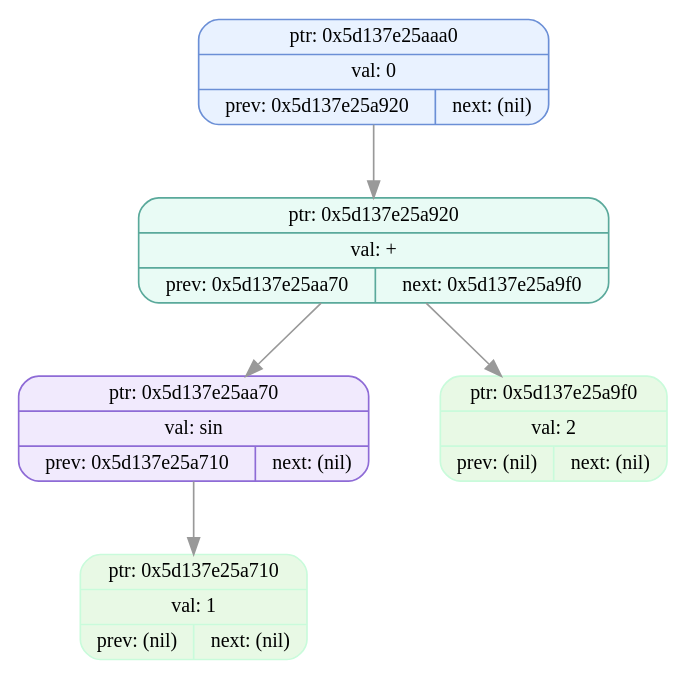
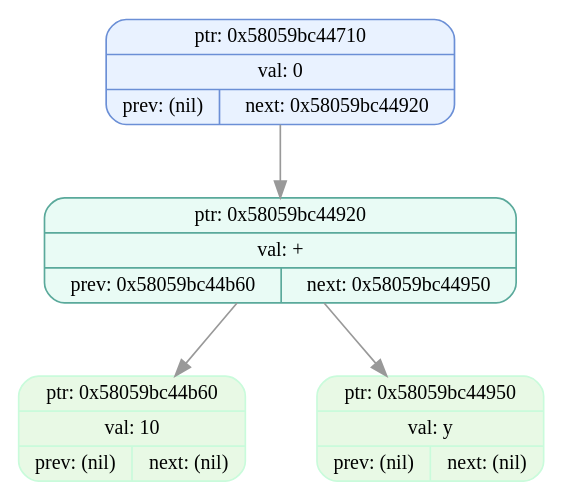
One commit to EvilTomato9890/Difference changed the diagram in dumps/tree_dump_006.dot. Above: the diagram before and after it, drawn with Graphviz. The commit also changed 29 other files, not shown here.

```diff
--- a/dumps/tree_dump_006.dot
+++ b/dumps/tree_dump_006.dot
@@ -1,13 +1,11 @@
 digraph T{
   node [fontname="Fira Mono",shape=record,style="filled,rounded",fontsize=12];
   graph [splines=true, nodesep=0.6, ranksep=0.6];
-  node_0x5d137e25aaa0[shape=record,label="{ {ptr: 0x5d137e25aaa0} | {val: 0} | { prev: 0x5d137e25a920 | next: (nil) } }",color="#6b8fd6",fillcolor="#e9f2ff"];
-  node_0x5d137e25a920[shape=record,label="{ {ptr: 0x5d137e25a920} | {val: +} | { prev: 0x5d137e25aa70 | next: 0x5d137e25a9f0 } }",color="#5aa99b",fillcolor="#e9fbf5"];
-  node_0x5d137e25aa70[shape=record,label="{ {ptr: 0x5d137e25aa70} | {val: sin} | { prev: 0x5d137e25a710 | next: (nil) } }",color="#8e6bd6",fillcolor="#f1eafd"];
-  node_0x5d137e25a710[shape=record,label="{ {ptr: 0x5d137e25a710} | {val: 1} | { prev: (nil) | next: (nil) } }",color="#c9fbdbff",fillcolor="#e8f9e5ff"];
-  node_0x5d137e25a9f0[shape=record,label="{ {ptr: 0x5d137e25a9f0} | {val: 2} | { prev: (nil) | next: (nil) } }",color="#c9fbdbff",fillcolor="#e8f9e5ff"];
-  node_0x5d137e25aaa0 -> node_0x5d137e25a920 [color="#999999"];
-  node_0x5d137e25a920 -> node_0x5d137e25aa70 [color="#999999"];
-  node_0x5d137e25a920 -> node_0x5d137e25a9f0 [color="#999999"];
-  node_0x5d137e25aa70 -> node_0x5d137e25a710 [color="#999999"];
+  node_0x58059bc44710[shape=record,label="{ {ptr: 0x58059bc44710} | {val: 0} | { prev: (nil) | next: 0x58059bc44920 } }",color="#6b8fd6",fillcolor="#e9f2ff"];
+  node_0x58059bc44920[shape=record,label="{ {ptr: 0x58059bc44920} | {val: +} | { prev: 0x58059bc44b60 | next: 0x58059bc44950 } }",color="#5aa99b",fillcolor="#e9fbf5"];
+  node_0x58059bc44b60[shape=record,label="{ {ptr: 0x58059bc44b60} | {val: 10} | { prev: (nil) | next: (nil) } }",color="#c9fbdbff",fillcolor="#e8f9e5ff"];
+  node_0x58059bc44950[shape=record,label="{ {ptr: 0x58059bc44950} | {val: y} | { prev: (nil) | next: (nil) } }",color="#c9fbdbff",fillcolor="#e8f9e5ff"];
+  node_0x58059bc44710 -> node_0x58059bc44920 [color="#999999"];
+  node_0x58059bc44920 -> node_0x58059bc44b60 [color="#999999"];
+  node_0x58059bc44920 -> node_0x58059bc44950 [color="#999999"];
 }
```
